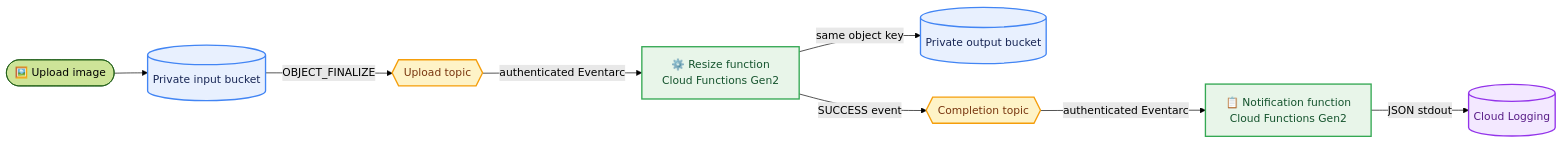
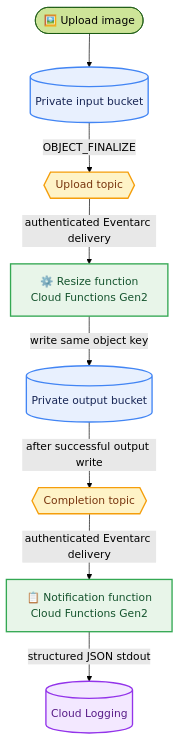
The first of 2 diagrams in README.md (TheShivm/serverless-image-processing-gcp), drawn with Mermaid (forest theme) before and after one commit. The commit also changed other lines of this file, not shown here.

Commit message:
docs: present vertical architecture diagrams

````diff
--- a/README.md
+++ b/README.md
@@ -28,19 +28,28 @@
 ```mermaid
-flowchart LR
-    U([🖼️ Upload image]) --> I[(Private input bucket)]
-    I -->|OBJECT_FINALIZE| P1{{Upload topic}}
-    P1 -->|authenticated Eventarc| R[⚙️ Resize function<br/>Cloud Functions Gen2]
-    R -->|same object key| O[(Private output bucket)]
-    R -->|SUCCESS event| P2{{Completion topic}}
-    P2 -->|authenticated Eventarc| N[📋 Notification function<br/>Cloud Functions Gen2]
-    N -->|JSON stdout| L[(Cloud Logging)]
+flowchart TB
+    U([🖼️ Upload image])
+    I[(Private input bucket)]
+    P1{{Upload topic}}
+    R[⚙️ Resize function<br/>Cloud Functions Gen2]
+    O[(Private output bucket)]
+    P2{{Completion topic}}
+    N[📋 Notification function<br/>Cloud Functions Gen2]
+    L[(Cloud Logging)]
+
+    U --> I
+    I -->|OBJECT_FINALIZE| P1
+    P1 -->|authenticated Eventarc delivery| R
+    R -->|write same object key| O
+    O -->|after successful output write| P2
+    P2 -->|authenticated Eventarc delivery| N
+    N -->|structured JSON stdout| L
 
     classDef storage fill:#E8F0FE,stroke:#4285F4,color:#172554,stroke-width:2px;
     classDef topic fill:#FEF3C7,stroke:#F59E0B,color:#78350F,stroke-width:2px;
     classDef function fill:#E8F5E9,stroke:#34A853,color:#14532D,stroke-width:2px;
     classDef logging fill:#F3E8FF,stroke:#9333EA,color:#581C87,stroke-width:2px;
     class I,O storage;
     class P1,P2 topic;
     class R,N function;
     class L logging;
 ```
````
